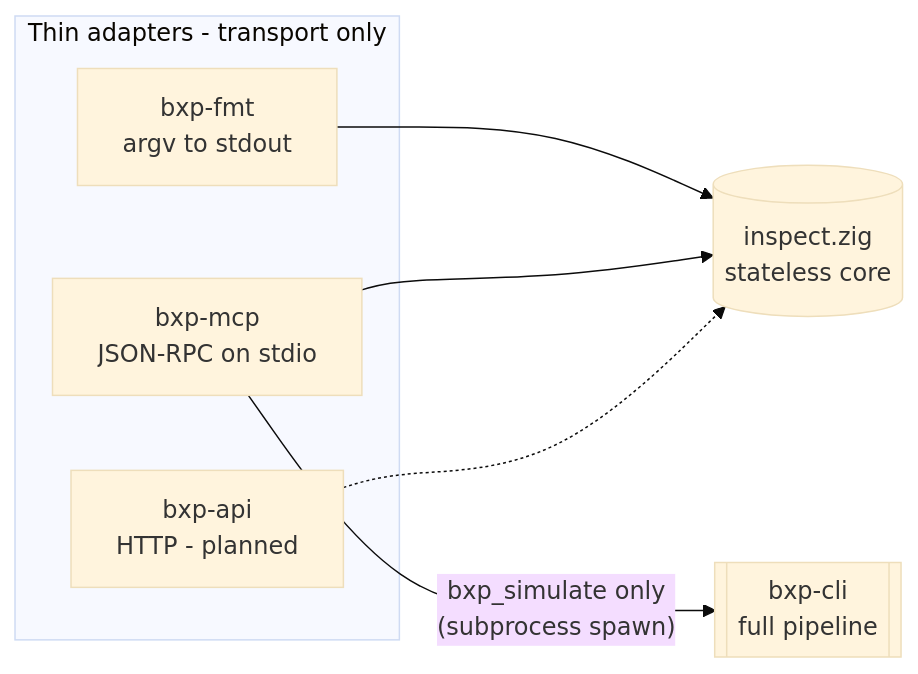
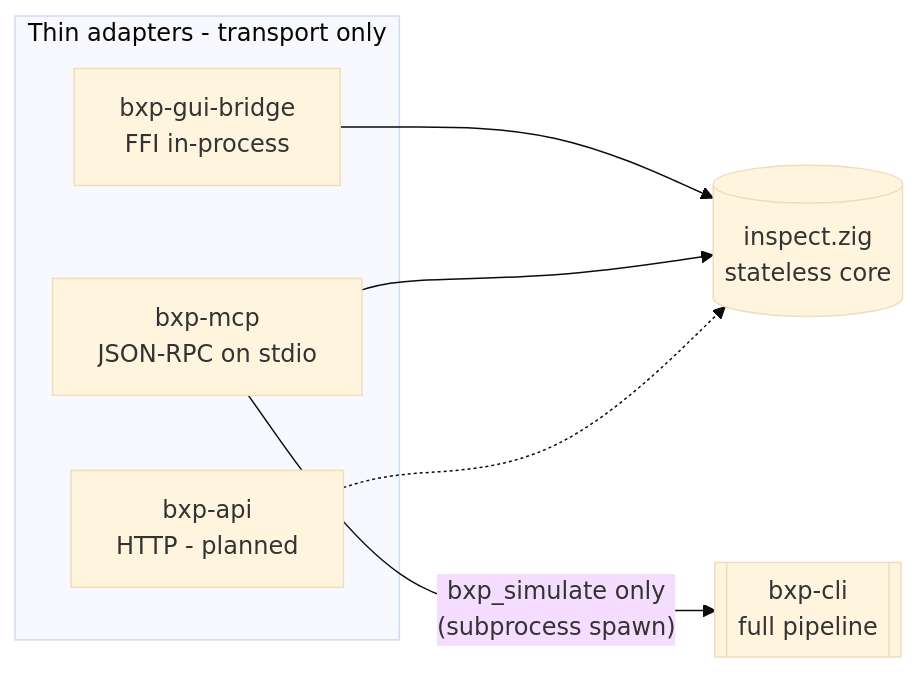
One commit to zaxified/bxp changed the diagram in docs/mcp.md. Above: the diagram before and after it, drawn with Mermaid (base theme). The commit also changed other lines of this file and 7 other files, not shown here.

First line of the commit message:
docs: rewrite developer + user docs off bxp-fmt onto inspect/mcp/bridge

````diff
--- a/docs/mcp.md
+++ b/docs/mcp.md
@@ -21,15 +21,15 @@
 ```mermaid
 flowchart LR
     subgraph adapters [Thin adapters - transport only]
-        fmt[bxp-fmt<br/>argv to stdout]
+        bridge[bxp-gui-bridge<br/>FFI in-process]
         mcp[bxp-mcp<br/>JSON-RPC on stdio]
         api[bxp-api<br/>HTTP - planned]
     end
     core[("inspect.zig<br/>stateless core")]
     cli[[bxp-cli<br/>full pipeline]]
 
-    fmt --> core
+    bridge --> core
     mcp --> core
     api -.-> core
     mcp -- "bxp_simulate only<br/>(subprocess spawn)" --> cli
 ```
````
